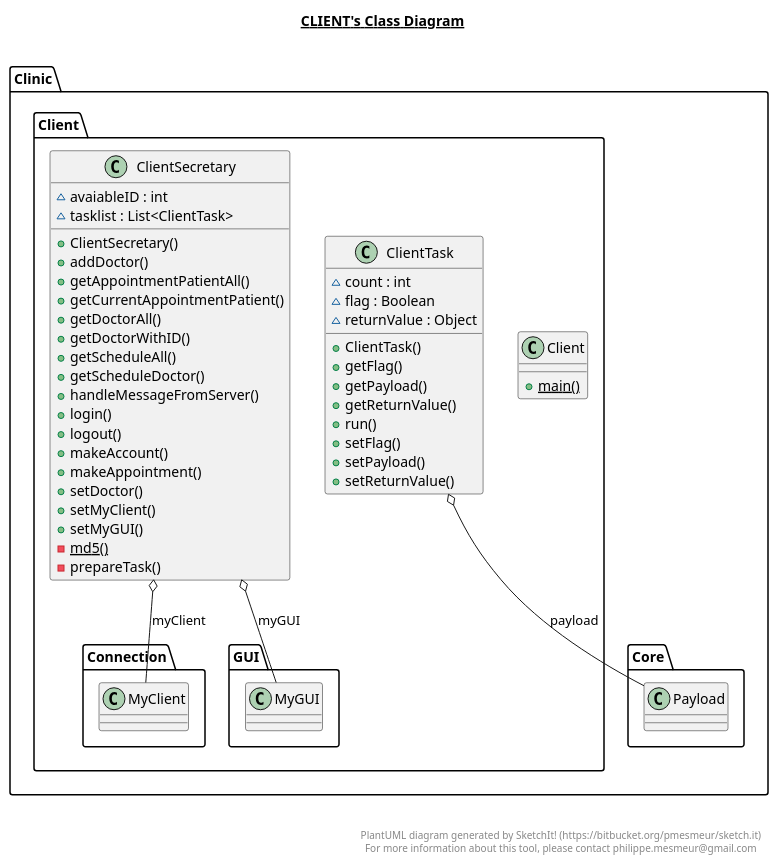
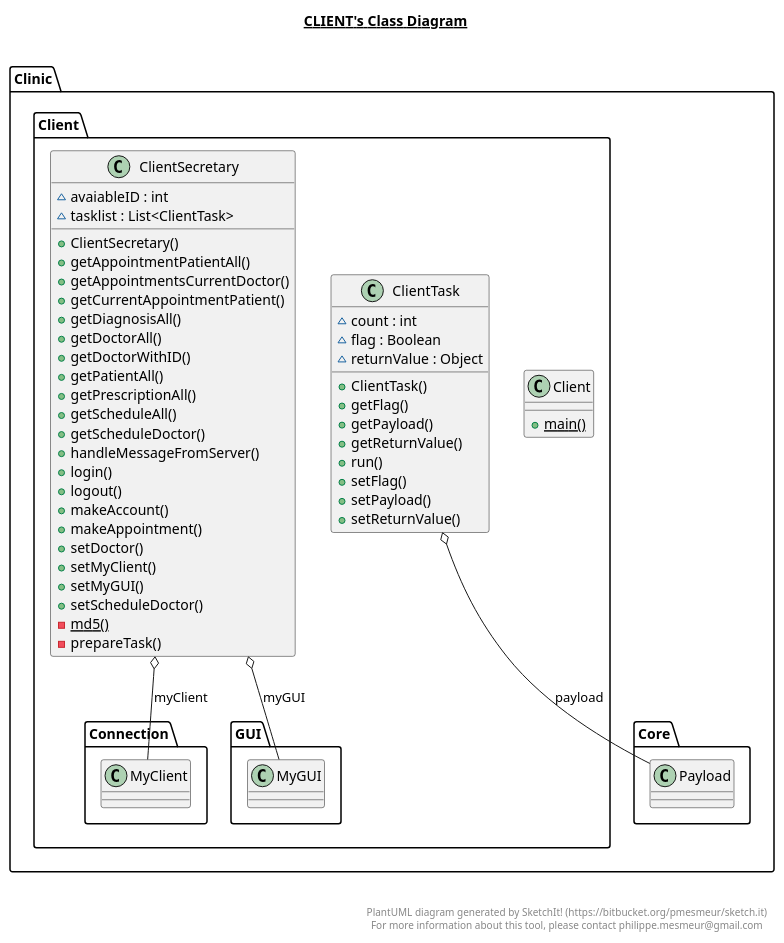
Before and after one commit to AidanJohnston/Omar: the diagram in src/Clinic/Client/Client.puml, drawn with PlantUML. The commit also changed 5 other files, not shown here.

```diff
--- a/src/Clinic/Client/Client.puml
+++ b/src/Clinic/Client/Client.puml
@@ -1,67 +1,71 @@
 @startuml
 
 title __CLIENT's Class Diagram__\n
 
   namespace Clinic.Client {
     class Clinic.Client.Client {
         {static} + main()
     }
   }
   
 
   namespace Clinic.Client {
     class Clinic.Client.ClientSecretary {
         ~ avaiableID : int
         ~ tasklist : List<ClientTask>
         + ClientSecretary()
-        + addDoctor()
         + getAppointmentPatientAll()
+        + getAppointmentsCurrentDoctor()
         + getCurrentAppointmentPatient()
+        + getDiagnosisAll()
         + getDoctorAll()
         + getDoctorWithID()
+        + getPatientAll()
+        + getPrescriptionAll()
         + getScheduleAll()
         + getScheduleDoctor()
         + handleMessageFromServer()
         + login()
         + logout()
         + makeAccount()
         + makeAppointment()
         + setDoctor()
         + setMyClient()
         + setMyGUI()
+        + setScheduleDoctor()
         {static} - md5()
         - prepareTask()
     }
   }
   
 
   namespace Clinic.Client {
     class Clinic.Client.ClientTask {
         ~ count : int
         ~ flag : Boolean
         ~ returnValue : Object
         + ClientTask()
         + getFlag()
         + getPayload()
         + getReturnValue()
         + run()
         + setFlag()
         + setPayload()
         + setReturnValue()
     }
   }
   
 
   Clinic.Client.ClientSecretary o-- Clinic.Client.Connection.MyClient : myClient
   Clinic.Client.ClientSecretary o-- Clinic.Client.GUI.MyGUI : myGUI
   Clinic.Client.ClientTask o-- Clinic.Core.Payload : payload
 
 
 right footer
 
 
 PlantUML diagram generated by SketchIt! (https://bitbucket.org/pmesmeur/sketch.it)
 For more information about this tool, please contact philippe.mesmeur@gmail.com
 endfooter
 
 @enduml
```
